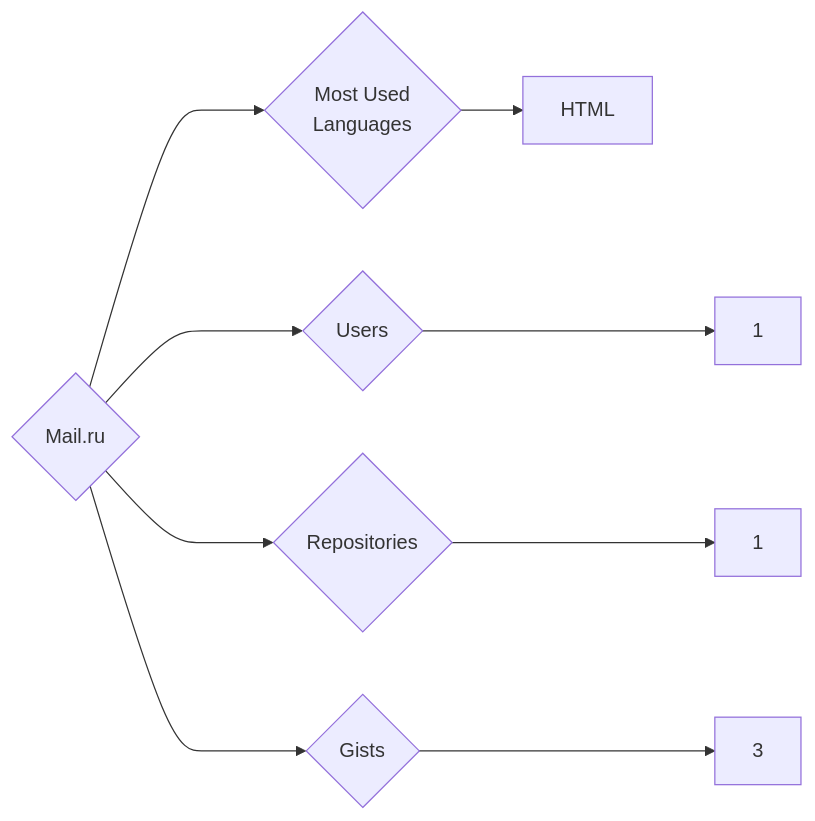
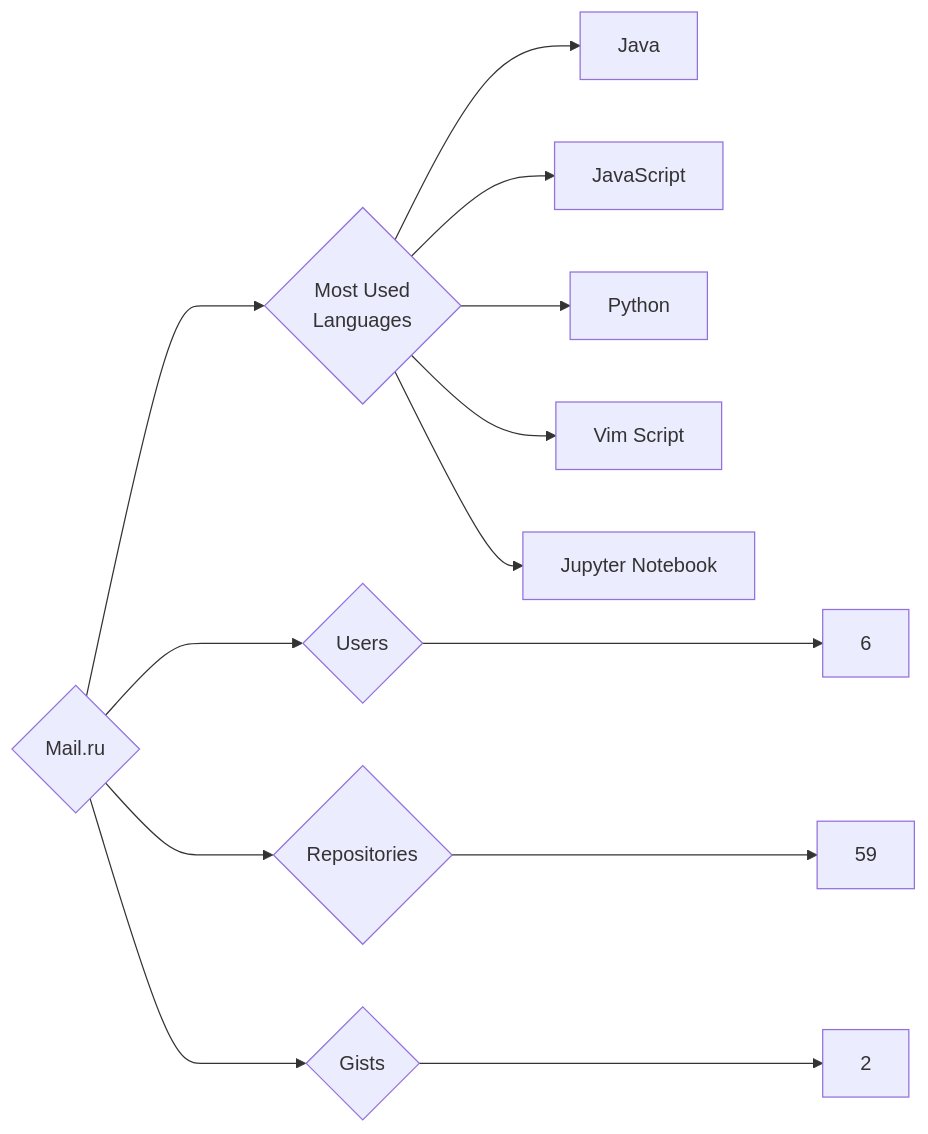
One commit to trickest/insiders changed the diagram in targets/Mail.ru/README.md. Above: the diagram before and after it, drawn with Mermaid. The commit also changed 773 other files, not shown here.

````diff
--- a/targets/Mail.ru/README.md
+++ b/targets/Mail.ru/README.md
@@ -3,9 +3,13 @@
 ```mermaid
 graph LR
 COMPANY_NAME{Mail.ru}
-COMPANY_NAME ---> U{Users} ---> UN[1]
-COMPANY_NAME ---> R{Repositories} ---> RN[1]
-COMPANY_NAME ---> G{Gists} ---> GN[3]
+COMPANY_NAME ---> U{Users} ---> UN[6]
+COMPANY_NAME ---> R{Repositories} ---> RN[59]
+COMPANY_NAME ---> G{Gists} ---> GN[2]
 COMPANY_NAME ---> ML{Most Used<br>Languages}
-ML --> HTML[HTML]
+ML --> Java[Java]
+ML --> JavaScript[JavaScript]
+ML --> Python[Python]
+ML --> Vim_Script[Vim Script]
+ML --> Jupyter_Notebook[Jupyter Notebook]
 ```
````
